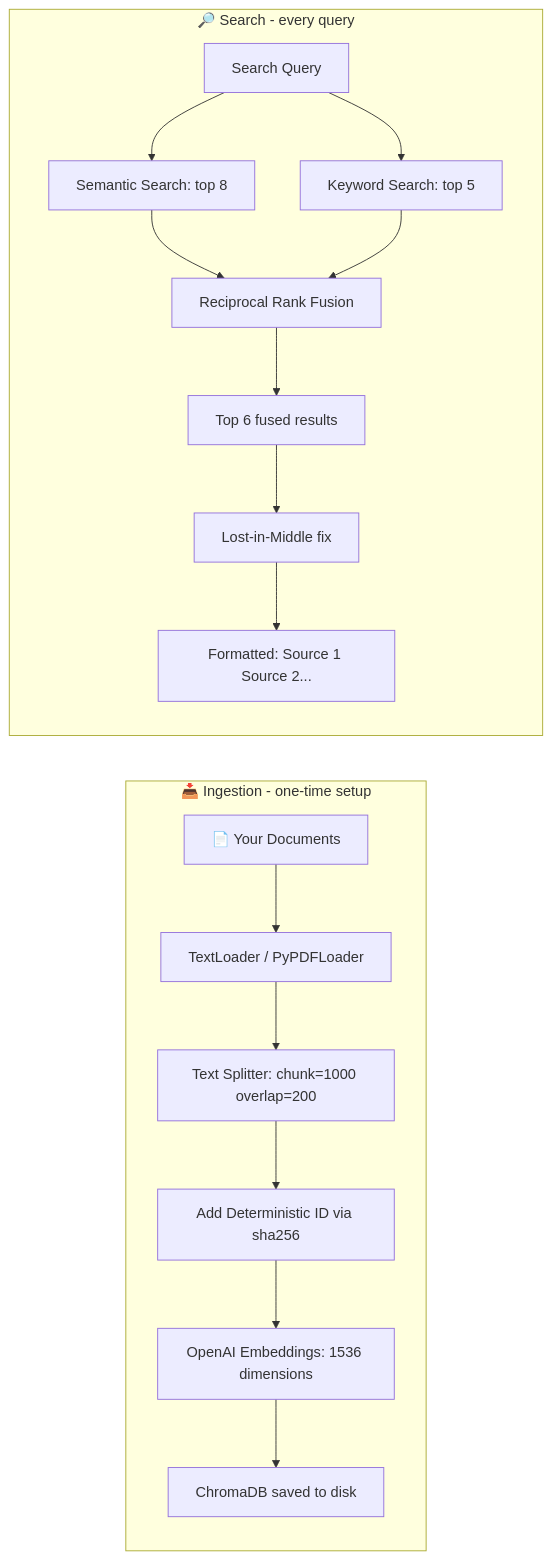
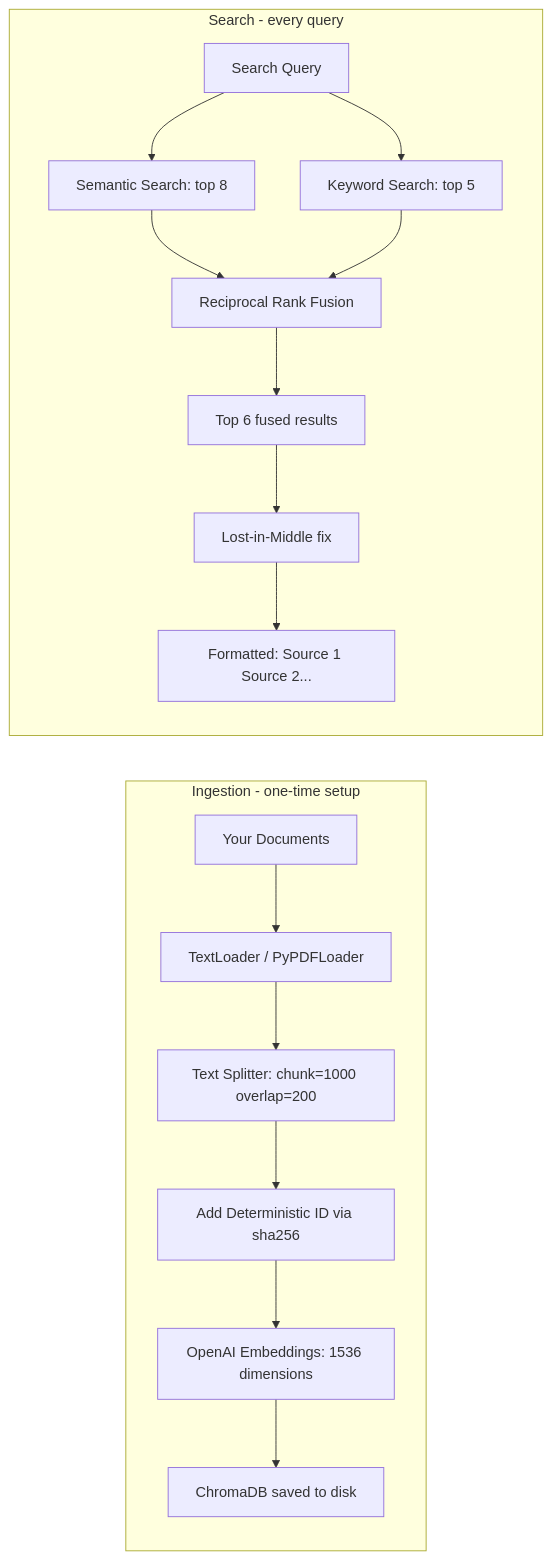
One commit to aspunith/MultAgent-Strategic-Intelligence-System changed the third of 5 diagrams in README.md. Above: the diagram before and after it, drawn with Mermaid. The commit also changed other lines of this file, not shown here.

Commit message:
Fix Mermaid diagrams: remove emojis for GitHub rendering

````diff
--- a/README.md
+++ b/README.md
@@ -320,22 +320,22 @@
 ```mermaid
 graph LR
-    subgraph INGESTION["📥 Ingestion - one-time setup"]
+    subgraph INGESTION["Ingestion - one-time setup"]
         direction TB
-        FILES["📄 Your Documents"] --> LOADER["TextLoader / PyPDFLoader"]
+        FILES["Your Documents"] --> LOADER["TextLoader / PyPDFLoader"]
         LOADER --> SPLITTER["Text Splitter: chunk=1000 overlap=200"]
         SPLITTER --> HASHER["Add Deterministic ID via sha256"]
         HASHER --> EMBEDDER["OpenAI Embeddings: 1536 dimensions"]
         EMBEDDER --> CHROMA["ChromaDB saved to disk"]
     end
 
-    subgraph RETRIEVAL["🔎 Search - every query"]
+    subgraph RETRIEVAL["Search - every query"]
         direction TB
         QUERY["Search Query"] --> SEM["Semantic Search: top 8"]
         QUERY --> KEY["Keyword Search: top 5"]
         SEM --> RRF["Reciprocal Rank Fusion"]
         KEY --> RRF
         RRF --> TOP6["Top 6 fused results"]
         TOP6 --> REORDER["Lost-in-Middle fix"]
         REORDER --> FORMAT["Formatted: Source 1 Source 2..."]
     end
 ```
````
